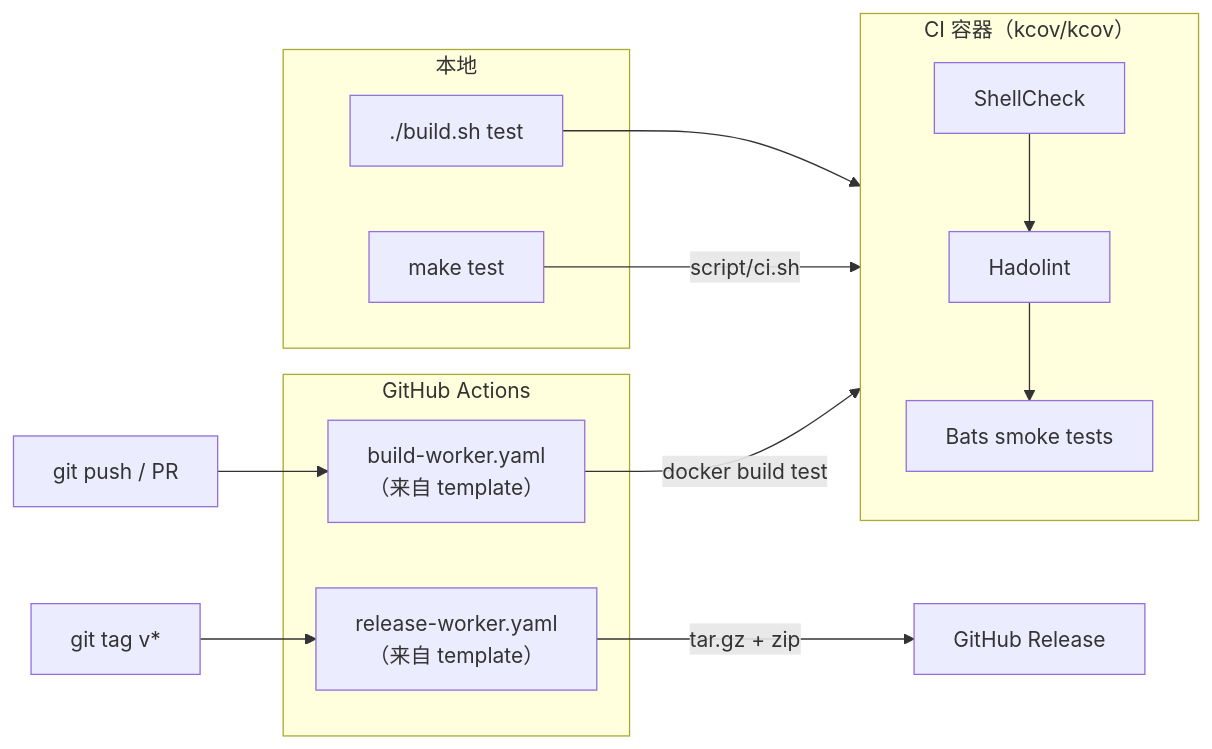
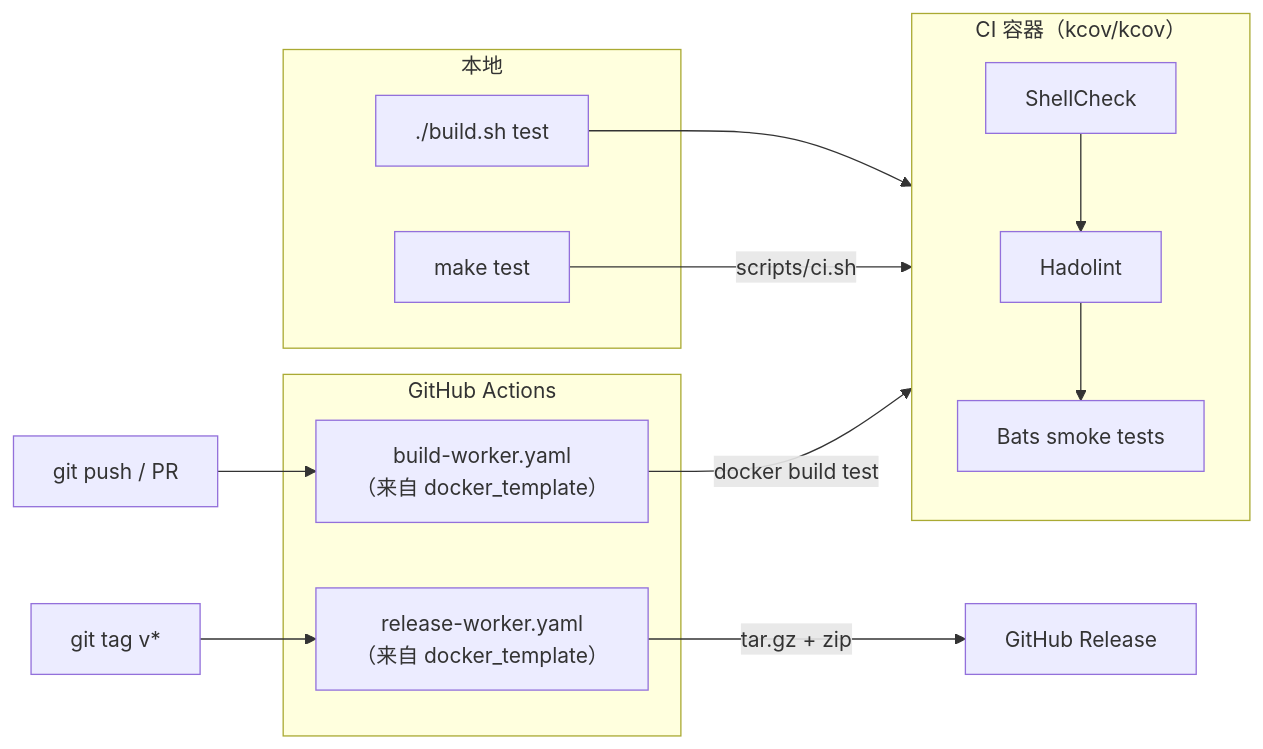
The second of 2 diagrams in doc/readme/README.zh-CN.md (ycpss91255-docker/docker_template), drawn with Mermaid before and after one commit. The commit also changed other lines of this file and 4 other files, not shown here.

````diff
--- a/doc/readme/README.zh-CN.md
+++ b/doc/readme/README.zh-CN.md
@@ -64,27 +64,27 @@
 ```mermaid
 flowchart LR
     subgraph local["本地"]
         build_test["./build.sh test"]
         make_test["make test"]
     end
 
     subgraph ci_container["CI 容器（kcov/kcov）"]
         shellcheck["ShellCheck"]
         hadolint["Hadolint"]
         bats["Bats smoke tests"]
     end
 
     subgraph github["GitHub Actions"]
-        build_worker["build-worker.yaml<br/>（来自 template）"]
-        release_worker["release-worker.yaml<br/>（来自 template）"]
+        build_worker["build-worker.yaml<br/>（来自 docker_template）"]
+        release_worker["release-worker.yaml<br/>（来自 docker_template）"]
     end
 
     build_test --> ci_container
-    make_test -->|"script/ci.sh"| ci_container
+    make_test -->|"scripts/ci.sh"| ci_container
     shellcheck --> hadolint --> bats
 
     push["git push / PR"] --> build_worker
     build_worker -->|"docker build test"| ci_container
     tag["git tag v*"] --> release_worker
     release_worker -->|"tar.gz + zip"| release["GitHub Release"]
 ```
````
